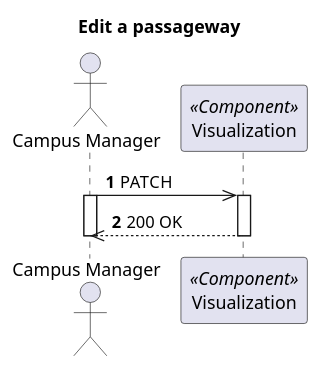
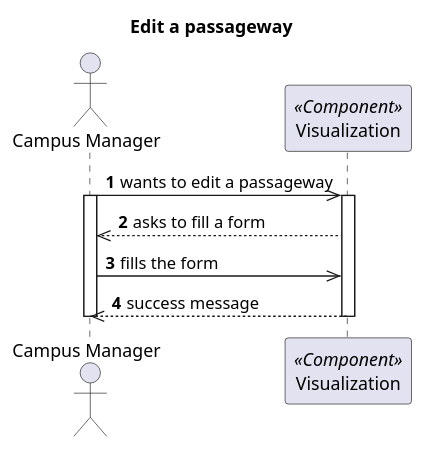
The diagram in docs/VistaProcesso/US250(1180)/Visualization/ProcessView_Level2_US1180.puml (1210910/lapr5), drawn with PlantUML before and after one commit. The commit also changed 13 other files, not shown here.

Commit message:
Diagrams fix (last commit bug)

```diff
--- a/docs/VistaProcesso/US250(1180)/Visualization/ProcessView_Level2_US1180.puml
+++ b/docs/VistaProcesso/US250(1180)/Visualization/ProcessView_Level2_US1180.puml
@@ -1,20 +1,22 @@
 @startuml Process View - Level 2 - Edit a passageway
 'https://plantuml.com/sequence-diagram
 
 autonumber
 skinparam packageStyle rect
 
 title Edit a passageway
 
 actor "Campus Manager" as CM
-participant "Visualization" as MD <<Component>>
+participant "Visualization" as V <<Component>>
 
-CM->> MD : PATCH
+CM->> V : wants to edit a passageway
 
 activate CM
-activate MD
-CM<<--- MD : 200 OK
-deactivate MD
+activate V
+CM<<-- V : asks to fill a form
+CM->> V : fills the form
+CM<<--- V : success message
+deactivate V
 deactivate CM
 
 @enduml
```
